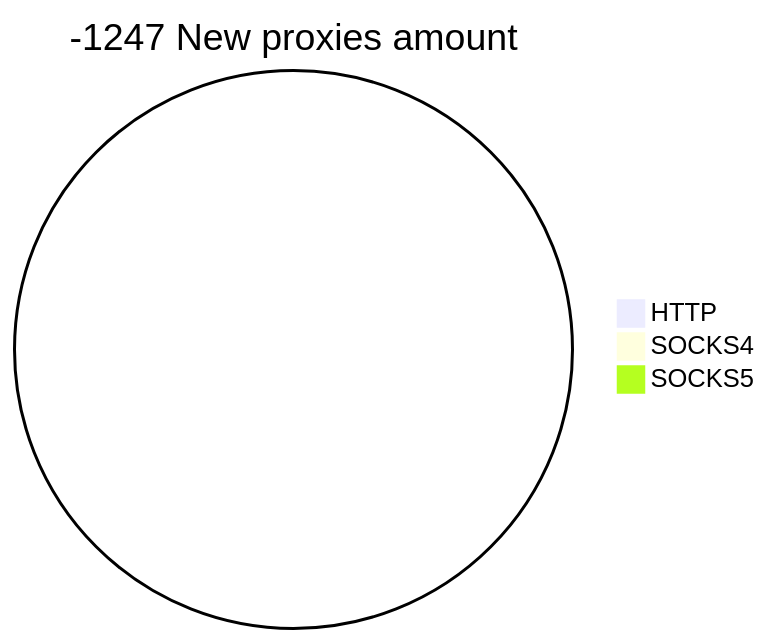
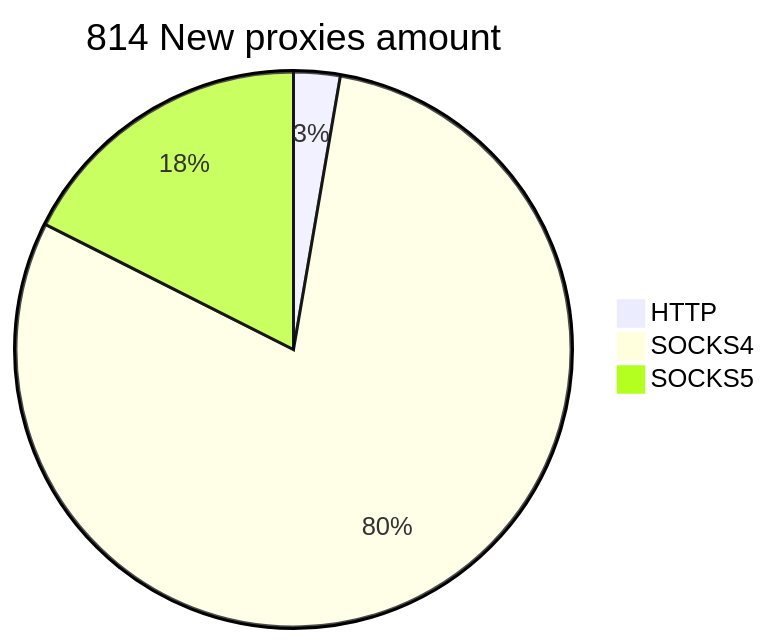
The second of 2 diagrams in README.md (cutipu/proxylist), drawn with Mermaid before and after one commit. The commit also changed other lines of this file, not shown here.

````diff
--- a/README.md
+++ b/README.md
@@ -10,6 +10,6 @@
 ```mermaid
-pie title -1247 New proxies amount
-    "HTTP" : 0
-    "SOCKS4" : 0
-    "SOCKS5" : 0
+pie title 814 New proxies amount
+    "HTTP" : 22
+    "SOCKS4" : 649
+    "SOCKS5" : 143
 ```
````
